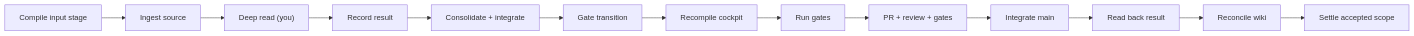
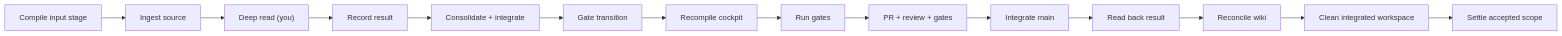
One commit to kimlage/wiki-viva-kit changed the diagram in .skills/wiki-viva/reference/operating.md. Above: the diagram before and after it, drawn with Mermaid. The commit also changed other lines of this file and 2 other files, not shown here.

````diff
--- a/.skills/wiki-viva/reference/operating.md
+++ b/.skills/wiki-viva/reference/operating.md
@@ -10,15 +13,16 @@
 ```mermaid
 flowchart LR
     S["Compile input stage"] --> A["Ingest source"]
     A --> B["Deep read (you)"]
     B --> C["Record result"]
     C --> CI["Consolidate + integrate"]
     CI --> D["Gate transition"]
     D --> E["Recompile cockpit"]
     E --> F["Run gates"]
     F --> G["PR + review + gates"]
     G --> H["Integrate main"]
     H --> I["Read back result"]
     I --> J["Reconcile wiki"]
-    J --> K["Settle accepted scope"]
+    J --> K["Clean integrated workspace"]
+    K --> L["Settle accepted scope"]
 ```
````
